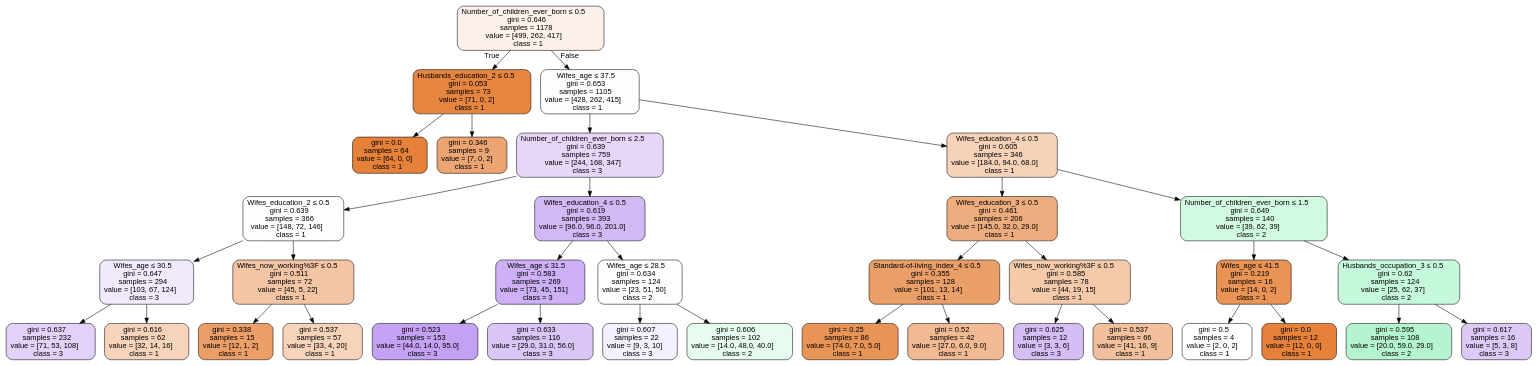
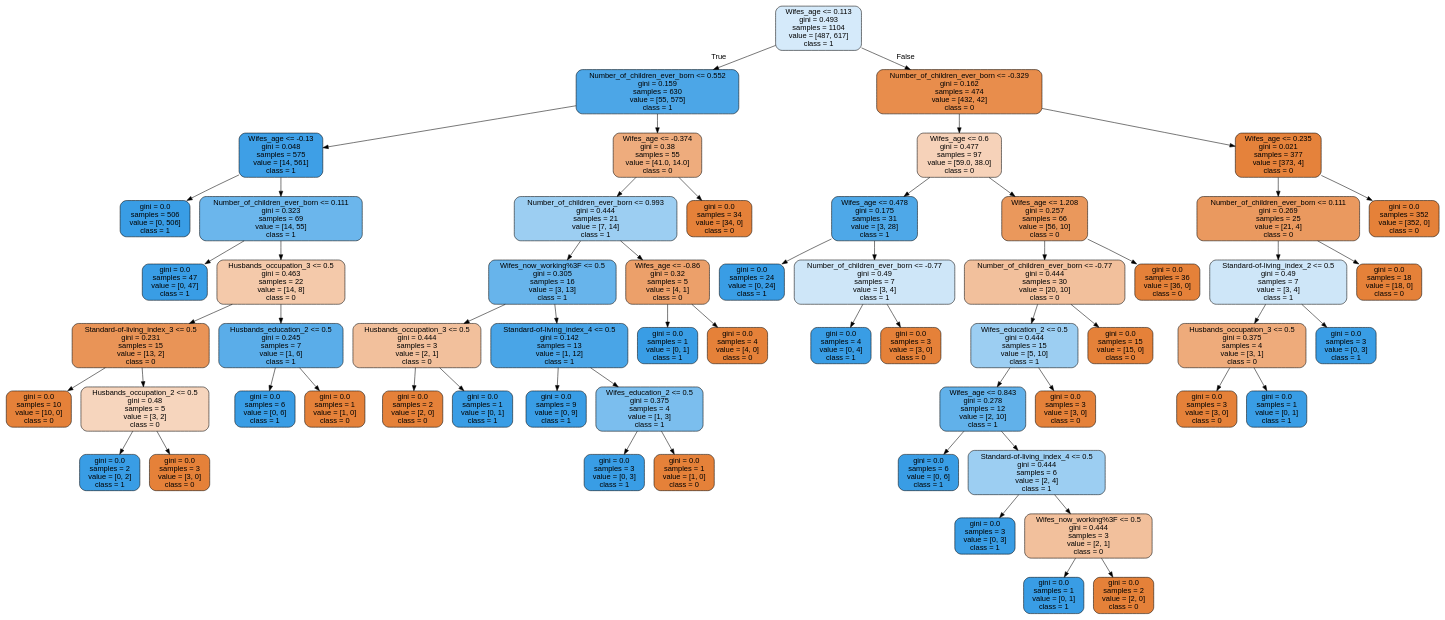
Before and after one commit to IDM4s-2025/TC2034-final-team8: the diagram in images/decision_trees/best_tree.dot, drawn with Graphviz. The commit also changed 1 other file, not shown here.

```diff
--- a/images/decision_trees/best_tree.dot
+++ b/images/decision_trees/best_tree.dot
@@ -1,73 +1,121 @@
 digraph Tree {
 node [shape=box, style="filled, rounded", color="black", fontname="helvetica"] ;
 edge [fontname="helvetica"] ;
-0 [label=<Number_of_children_ever_born &le; 0.5<br/>gini = 0.646<br/>samples = 1178<br/>value = [499, 262, 417]<br/>class = 1>, fillcolor="#fcf1ea"] ;
-1 [label=<Husbands_education_2 &le; 0.5<br/>gini = 0.053<br/>samples = 73<br/>value = [71, 0, 2]<br/>class = 1>, fillcolor="#e6853f"] ;
+0 [label="Wifes_age <= 0.113\ngini = 0.493\nsamples = 1104\nvalue = [487, 617]\nclass = 1", fillcolor="#d5eafa"] ;
+1 [label="Number_of_children_ever_born <= 0.552\ngini = 0.159\nsamples = 630\nvalue = [55, 575]\nclass = 1", fillcolor="#4ca6e7"] ;
 0 -> 1 [labeldistance=2.5, labelangle=45, headlabel="True"] ;
-2 [label=<gini = 0.0<br/>samples = 64<br/>value = [64, 0, 0]<br/>class = 1>, fillcolor="#e58139"] ;
+2 [label="Wifes_age <= -0.13\ngini = 0.048\nsamples = 575\nvalue = [14, 561]\nclass = 1", fillcolor="#3e9fe6"] ;
 1 -> 2 ;
-3 [label=<gini = 0.346<br/>samples = 9<br/>value = [7, 0, 2]<br/>class = 1>, fillcolor="#eca572"] ;
-1 -> 3 ;
-4 [label=<Wifes_age &le; 37.5<br/>gini = 0.653<br/>samples = 1105<br/>value = [428, 262, 415]<br/>class = 1>, fillcolor="#fffdfb"] ;
-0 -> 4 [labeldistance=2.5, labelangle=-45, headlabel="False"] ;
-5 [label=<Number_of_children_ever_born &le; 2.5<br/>gini = 0.639<br/>samples = 759<br/>value = [244, 168, 347]<br/>class = 3>, fillcolor="#e6d7fa"] ;
+3 [label="gini = 0.0\nsamples = 506\nvalue = [0, 506]\nclass = 1", fillcolor="#399de5"] ;
+2 -> 3 ;
+4 [label="Number_of_children_ever_born <= 0.111\ngini = 0.323\nsamples = 69\nvalue = [14, 55]\nclass = 1", fillcolor="#6bb6ec"] ;
+2 -> 4 ;
+5 [label="gini = 0.0\nsamples = 47\nvalue = [0, 47]\nclass = 1", fillcolor="#399de5"] ;
 4 -> 5 ;
-6 [label=<Wifes_education_2 &le; 0.5<br/>gini = 0.639<br/>samples = 366<br/>value = [148, 72, 146]<br/>class = 1>, fillcolor="#fffefd"] ;
-5 -> 6 ;
-7 [label=<Wifes_age &le; 30.5<br/>gini = 0.647<br/>samples = 294<br/>value = [103, 67, 124]<br/>class = 3>, fillcolor="#f1e9fc"] ;
+6 [label="Husbands_occupation_3 <= 0.5\ngini = 0.463\nsamples = 22\nvalue = [14, 8]\nclass = 0", fillcolor="#f4c9aa"] ;
+4 -> 6 ;
+7 [label="Standard-of-living_index_3 <= 0.5\ngini = 0.231\nsamples = 15\nvalue = [13, 2]\nclass = 0", fillcolor="#e99457"] ;
 6 -> 7 ;
-8 [label=<gini = 0.637<br/>samples = 232<br/>value = [71, 53, 108]<br/>class = 3>, fillcolor="#e2d1f9"] ;
+8 [label="gini = 0.0\nsamples = 10\nvalue = [10, 0]\nclass = 0", fillcolor="#e58139"] ;
 7 -> 8 ;
-9 [label=<gini = 0.616<br/>samples = 62<br/>value = [32, 14, 16]<br/>class = 1>, fillcolor="#f6d3ba"] ;
+9 [label="Husbands_occupation_2 <= 0.5\ngini = 0.48\nsamples = 5\nvalue = [3, 2]\nclass = 0", fillcolor="#f6d5bd"] ;
 7 -> 9 ;
-10 [label=<Wifes_now_working%3F &le; 0.5<br/>gini = 0.511<br/>samples = 72<br/>value = [45, 5, 22]<br/>class = 1>, fillcolor="#f3c5a4"] ;
-6 -> 10 ;
-11 [label=<gini = 0.338<br/>samples = 15<br/>value = [12, 1, 2]<br/>class = 1>, fillcolor="#eb9e67"] ;
-10 -> 11 ;
-12 [label=<gini = 0.537<br/>samples = 57<br/>value = [33, 4, 20]<br/>class = 1>, fillcolor="#f6d3b9"] ;
-10 -> 12 ;
-13 [label=<Wifes_education_4 &le; 0.5<br/>gini = 0.619<br/>samples = 393<br/>value = [96.0, 96.0, 201.0]<br/>class = 3>, fillcolor="#d2b9f6"] ;
-5 -> 13 ;
-14 [label=<Wifes_age &le; 31.5<br/>gini = 0.583<br/>samples = 269<br/>value = [73, 45, 151]<br/>class = 3>, fillcolor="#cdb0f5"] ;
-13 -> 14 ;
-15 [label=<gini = 0.523<br/>samples = 153<br/>value = [44.0, 14.0, 95.0]<br/>class = 3>, fillcolor="#c4a2f3"] ;
-14 -> 15 ;
-16 [label=<gini = 0.633<br/>samples = 116<br/>value = [29.0, 31.0, 56.0]<br/>class = 3>, fillcolor="#dac5f7"] ;
-14 -> 16 ;
-17 [label=<Wifes_age &le; 28.5<br/>gini = 0.634<br/>samples = 124<br/>value = [23, 51, 50]<br/>class = 2>, fillcolor="#fcfffd"] ;
-13 -> 17 ;
-18 [label=<gini = 0.607<br/>samples = 22<br/>value = [9, 3, 10]<br/>class = 3>, fillcolor="#f5f0fd"] ;
+10 [label="gini = 0.0\nsamples = 2\nvalue = [0, 2]\nclass = 1", fillcolor="#399de5"] ;
+9 -> 10 ;
+11 [label="gini = 0.0\nsamples = 3\nvalue = [3, 0]\nclass = 0", fillcolor="#e58139"] ;
+9 -> 11 ;
+12 [label="Husbands_education_2 <= 0.5\ngini = 0.245\nsamples = 7\nvalue = [1, 6]\nclass = 1", fillcolor="#5aade9"] ;
+6 -> 12 ;
+13 [label="gini = 0.0\nsamples = 6\nvalue = [0, 6]\nclass = 1", fillcolor="#399de5"] ;
+12 -> 13 ;
+14 [label="gini = 0.0\nsamples = 1\nvalue = [1, 0]\nclass = 0", fillcolor="#e58139"] ;
+12 -> 14 ;
+15 [label="Wifes_age <= -0.374\ngini = 0.38\nsamples = 55\nvalue = [41.0, 14.0]\nclass = 0", fillcolor="#eeac7d"] ;
+1 -> 15 ;
+16 [label="Number_of_children_ever_born <= 0.993\ngini = 0.444\nsamples = 21\nvalue = [7, 14]\nclass = 1", fillcolor="#9ccef2"] ;
+15 -> 16 ;
+17 [label="Wifes_now_working%3F <= 0.5\ngini = 0.305\nsamples = 16\nvalue = [3, 13]\nclass = 1", fillcolor="#67b4eb"] ;
+16 -> 17 ;
+18 [label="Husbands_occupation_3 <= 0.5\ngini = 0.444\nsamples = 3\nvalue = [2, 1]\nclass = 0", fillcolor="#f2c09c"] ;
 17 -> 18 ;
-19 [label=<gini = 0.606<br/>samples = 102<br/>value = [14.0, 48.0, 40.0]<br/>class = 2>, fillcolor="#e5fcef"] ;
-17 -> 19 ;
-20 [label=<Wifes_education_4 &le; 0.5<br/>gini = 0.605<br/>samples = 346<br/>value = [184.0, 94.0, 68.0]<br/>class = 1>, fillcolor="#f6d2b8"] ;
-4 -> 20 ;
-21 [label=<Wifes_education_3 &le; 0.5<br/>gini = 0.461<br/>samples = 206<br/>value = [145.0, 32.0, 29.0]<br/>class = 1>, fillcolor="#eead7e"] ;
-20 -> 21 ;
-22 [label=<Standard-of-living_index_4 &le; 0.5<br/>gini = 0.355<br/>samples = 128<br/>value = [101, 13, 14]<br/>class = 1>, fillcolor="#eb9f68"] ;
+19 [label="gini = 0.0\nsamples = 2\nvalue = [2, 0]\nclass = 0", fillcolor="#e58139"] ;
+18 -> 19 ;
+20 [label="gini = 0.0\nsamples = 1\nvalue = [0, 1]\nclass = 1", fillcolor="#399de5"] ;
+18 -> 20 ;
+21 [label="Standard-of-living_index_4 <= 0.5\ngini = 0.142\nsamples = 13\nvalue = [1, 12]\nclass = 1", fillcolor="#49a5e7"] ;
+17 -> 21 ;
+22 [label="gini = 0.0\nsamples = 9\nvalue = [0, 9]\nclass = 1", fillcolor="#399de5"] ;
 21 -> 22 ;
-23 [label=<gini = 0.25<br/>samples = 86<br/>value = [74.0, 7.0, 5.0]<br/>class = 1>, fillcolor="#e99457"] ;
-22 -> 23 ;
-24 [label=<gini = 0.52<br/>samples = 42<br/>value = [27.0, 6.0, 9.0]<br/>class = 1>, fillcolor="#f1ba93"] ;
-22 -> 24 ;
-25 [label=<Wifes_now_working%3F &le; 0.5<br/>gini = 0.585<br/>samples = 78<br/>value = [44, 19, 15]<br/>class = 1>, fillcolor="#f4caab"] ;
-21 -> 25 ;
-26 [label=<gini = 0.625<br/>samples = 12<br/>value = [3, 3, 6]<br/>class = 3>, fillcolor="#d5bdf6"] ;
-25 -> 26 ;
-27 [label=<gini = 0.537<br/>samples = 66<br/>value = [41, 16, 9]<br/>class = 1>, fillcolor="#f2c09c"] ;
-25 -> 27 ;
-28 [label=<Number_of_children_ever_born &le; 1.5<br/>gini = 0.649<br/>samples = 140<br/>value = [39, 62, 39]<br/>class = 2>, fillcolor="#d2f9e2"] ;
-20 -> 28 ;
-29 [label=<Wifes_age &le; 41.5<br/>gini = 0.219<br/>samples = 16<br/>value = [14, 0, 2]<br/>class = 1>, fillcolor="#e99355"] ;
-28 -> 29 ;
-30 [label=<gini = 0.5<br/>samples = 4<br/>value = [2, 0, 2]<br/>class = 1>, fillcolor="#ffffff"] ;
-29 -> 30 ;
-31 [label=<gini = 0.0<br/>samples = 12<br/>value = [12, 0, 0]<br/>class = 1>, fillcolor="#e58139"] ;
-29 -> 31 ;
-32 [label=<Husbands_occupation_3 &le; 0.5<br/>gini = 0.62<br/>samples = 124<br/>value = [25, 62, 37]<br/>class = 2>, fillcolor="#c6f8db"] ;
-28 -> 32 ;
-33 [label=<gini = 0.595<br/>samples = 108<br/>value = [20.0, 59.0, 29.0]<br/>class = 2>, fillcolor="#b4f5cf"] ;
+23 [label="Wifes_education_2 <= 0.5\ngini = 0.375\nsamples = 4\nvalue = [1, 3]\nclass = 1", fillcolor="#7bbeee"] ;
+21 -> 23 ;
+24 [label="gini = 0.0\nsamples = 3\nvalue = [0, 3]\nclass = 1", fillcolor="#399de5"] ;
+23 -> 24 ;
+25 [label="gini = 0.0\nsamples = 1\nvalue = [1, 0]\nclass = 0", fillcolor="#e58139"] ;
+23 -> 25 ;
+26 [label="Wifes_age <= -0.86\ngini = 0.32\nsamples = 5\nvalue = [4, 1]\nclass = 0", fillcolor="#eca06a"] ;
+16 -> 26 ;
+27 [label="gini = 0.0\nsamples = 1\nvalue = [0, 1]\nclass = 1", fillcolor="#399de5"] ;
+26 -> 27 ;
+28 [label="gini = 0.0\nsamples = 4\nvalue = [4, 0]\nclass = 0", fillcolor="#e58139"] ;
+26 -> 28 ;
+29 [label="gini = 0.0\nsamples = 34\nvalue = [34, 0]\nclass = 0", fillcolor="#e58139"] ;
+15 -> 29 ;
+30 [label="Number_of_children_ever_born <= -0.329\ngini = 0.162\nsamples = 474\nvalue = [432, 42]\nclass = 0", fillcolor="#e88d4c"] ;
+0 -> 30 [labeldistance=2.5, labelangle=-45, headlabel="False"] ;
+31 [label="Wifes_age <= 0.6\ngini = 0.477\nsamples = 97\nvalue = [59.0, 38.0]\nclass = 0", fillcolor="#f6d2b9"] ;
+30 -> 31 ;
+32 [label="Wifes_age <= 0.478\ngini = 0.175\nsamples = 31\nvalue = [3, 28]\nclass = 1", fillcolor="#4ea8e8"] ;
+31 -> 32 ;
+33 [label="gini = 0.0\nsamples = 24\nvalue = [0, 24]\nclass = 1", fillcolor="#399de5"] ;
 32 -> 33 ;
-34 [label=<gini = 0.617<br/>samples = 16<br/>value = [5, 3, 8]<br/>class = 3>, fillcolor="#ddc9f8"] ;
+34 [label="Number_of_children_ever_born <= -0.77\ngini = 0.49\nsamples = 7\nvalue = [3, 4]\nclass = 1", fillcolor="#cee6f8"] ;
 32 -> 34 ;
+35 [label="gini = 0.0\nsamples = 4\nvalue = [0, 4]\nclass = 1", fillcolor="#399de5"] ;
+34 -> 35 ;
+36 [label="gini = 0.0\nsamples = 3\nvalue = [3, 0]\nclass = 0", fillcolor="#e58139"] ;
+34 -> 36 ;
+37 [label="Wifes_age <= 1.208\ngini = 0.257\nsamples = 66\nvalue = [56, 10]\nclass = 0", fillcolor="#ea985c"] ;
+31 -> 37 ;
+38 [label="Number_of_children_ever_born <= -0.77\ngini = 0.444\nsamples = 30\nvalue = [20, 10]\nclass = 0", fillcolor="#f2c09c"] ;
+37 -> 38 ;
+39 [label="Wifes_education_2 <= 0.5\ngini = 0.444\nsamples = 15\nvalue = [5, 10]\nclass = 1", fillcolor="#9ccef2"] ;
+38 -> 39 ;
+40 [label="Wifes_age <= 0.843\ngini = 0.278\nsamples = 12\nvalue = [2, 10]\nclass = 1", fillcolor="#61b1ea"] ;
+39 -> 40 ;
+41 [label="gini = 0.0\nsamples = 6\nvalue = [0, 6]\nclass = 1", fillcolor="#399de5"] ;
+40 -> 41 ;
+42 [label="Standard-of-living_index_4 <= 0.5\ngini = 0.444\nsamples = 6\nvalue = [2, 4]\nclass = 1", fillcolor="#9ccef2"] ;
+40 -> 42 ;
+43 [label="gini = 0.0\nsamples = 3\nvalue = [0, 3]\nclass = 1", fillcolor="#399de5"] ;
+42 -> 43 ;
+44 [label="Wifes_now_working%3F <= 0.5\ngini = 0.444\nsamples = 3\nvalue = [2, 1]\nclass = 0", fillcolor="#f2c09c"] ;
+42 -> 44 ;
+45 [label="gini = 0.0\nsamples = 1\nvalue = [0, 1]\nclass = 1", fillcolor="#399de5"] ;
+44 -> 45 ;
+46 [label="gini = 0.0\nsamples = 2\nvalue = [2, 0]\nclass = 0", fillcolor="#e58139"] ;
+44 -> 46 ;
+47 [label="gini = 0.0\nsamples = 3\nvalue = [3, 0]\nclass = 0", fillcolor="#e58139"] ;
+39 -> 47 ;
+48 [label="gini = 0.0\nsamples = 15\nvalue = [15, 0]\nclass = 0", fillcolor="#e58139"] ;
+38 -> 48 ;
+49 [label="gini = 0.0\nsamples = 36\nvalue = [36, 0]\nclass = 0", fillcolor="#e58139"] ;
+37 -> 49 ;
+50 [label="Wifes_age <= 0.235\ngini = 0.021\nsamples = 377\nvalue = [373, 4]\nclass = 0", fillcolor="#e5823b"] ;
+30 -> 50 ;
+51 [label="Number_of_children_ever_born <= 0.111\ngini = 0.269\nsamples = 25\nvalue = [21, 4]\nclass = 0", fillcolor="#ea995f"] ;
+50 -> 51 ;
+52 [label="Standard-of-living_index_2 <= 0.5\ngini = 0.49\nsamples = 7\nvalue = [3, 4]\nclass = 1", fillcolor="#cee6f8"] ;
+51 -> 52 ;
+53 [label="Husbands_occupation_3 <= 0.5\ngini = 0.375\nsamples = 4\nvalue = [3, 1]\nclass = 0", fillcolor="#eeab7b"] ;
+52 -> 53 ;
+54 [label="gini = 0.0\nsamples = 3\nvalue = [3, 0]\nclass = 0", fillcolor="#e58139"] ;
+53 -> 54 ;
+55 [label="gini = 0.0\nsamples = 1\nvalue = [0, 1]\nclass = 1", fillcolor="#399de5"] ;
+53 -> 55 ;
+56 [label="gini = 0.0\nsamples = 3\nvalue = [0, 3]\nclass = 1", fillcolor="#399de5"] ;
+52 -> 56 ;
+57 [label="gini = 0.0\nsamples = 18\nvalue = [18, 0]\nclass = 0", fillcolor="#e58139"] ;
+51 -> 57 ;
+58 [label="gini = 0.0\nsamples = 352\nvalue = [352, 0]\nclass = 0", fillcolor="#e58139"] ;
+50 -> 58 ;
 }
```
